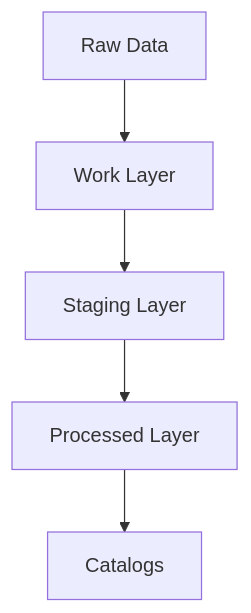
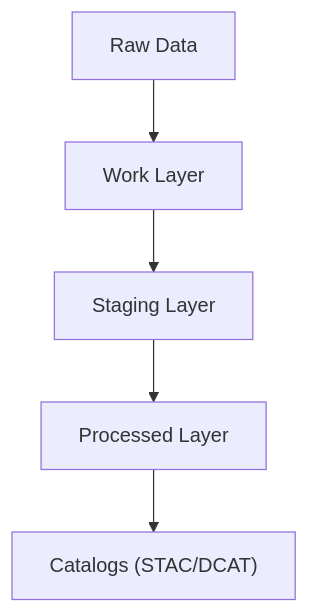
One commit to bartytime4life/Kansas-Frontier-Matrix changed the diagram in data/README.md. Above: the diagram before and after it, drawn with Mermaid. The commit also changed other lines of this file, not shown here.

````diff
--- a/data/README.md
+++ b/data/README.md
@@ -51,7 +50,7 @@
 ```mermaid
 flowchart TD
     A["Raw Data"] --> B["Work Layer"]
     B --> C["Staging Layer"]
     C --> D["Processed Layer"]
-    D --> E["Catalogs"]
+    D --> E["Catalogs (STAC/DCAT)"]
 ```
````
